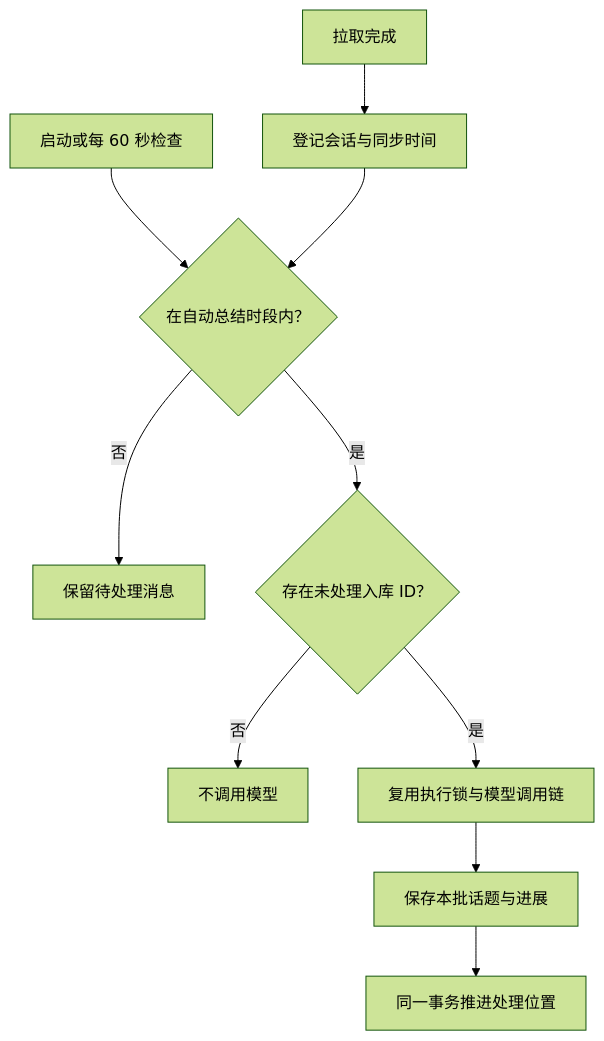
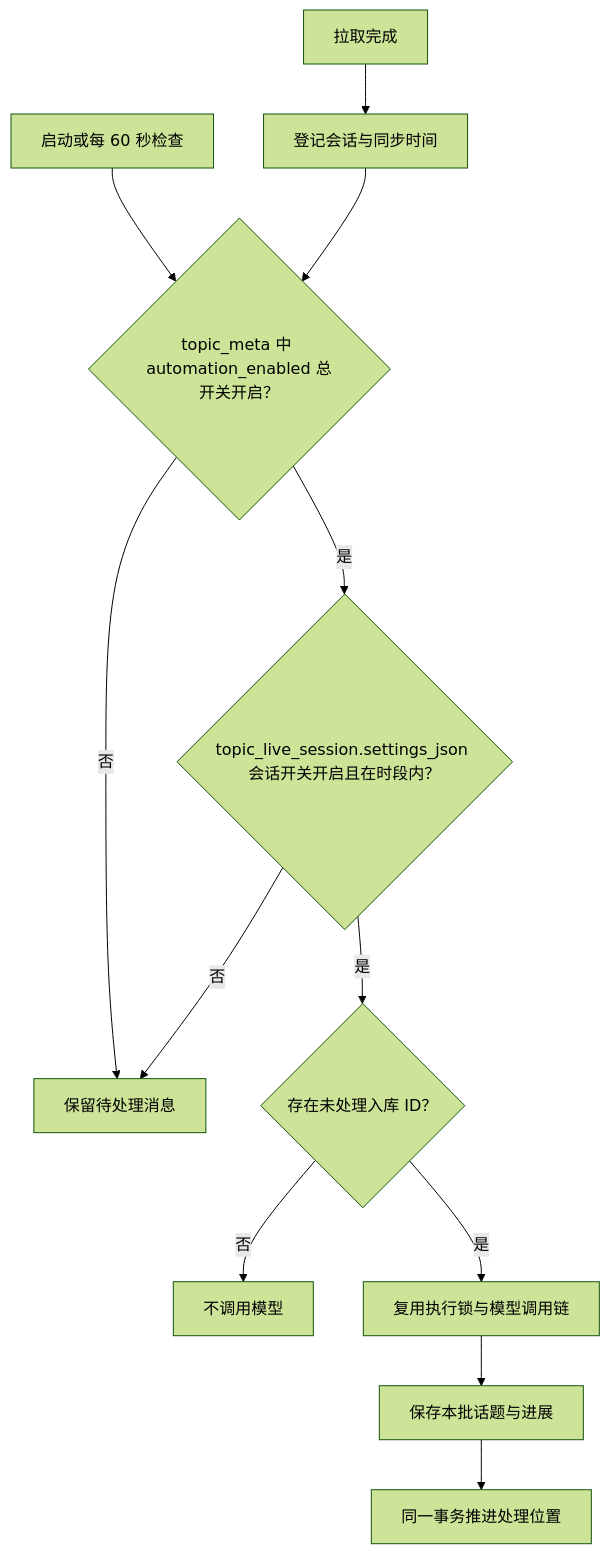
The first of 2 diagrams in packages/node-runtime/src/services/topics/README.md (bufferducky/ChatLab), drawn with Mermaid (forest theme) before and after one commit. The commit also changed other lines of this file and 22 other files, not shown here.

````diff
--- a/packages/node-runtime/src/services/topics/README.md
+++ b/packages/node-runtime/src/services/topics/README.md
@@ -7,12 +9,14 @@
 ```mermaid
 flowchart TD
     A[拉取完成] --> B[登记会话与同步时间]
-    C[启动或每 60 秒检查] --> D{在自动总结时段内？}
-    B --> D
+    C[启动或每 60 秒检查] --> K{"topic_meta 中 automation_enabled 总开关开启？"}
+    B --> K
+    K -->|否| E[保留待处理消息]
+    K -->|是| D{"topic_live_session.settings_json 会话开关开启且在时段内？"}
     D -->|否| E[保留待处理消息]
     D -->|是| F{存在未处理入库 ID？}
     F -->|否| G[不调用模型]
     F -->|是| H[复用执行锁与模型调用链]
     H --> I[保存本批话题与进展]
     I --> J[同一事务推进处理位置]
 ```
````
